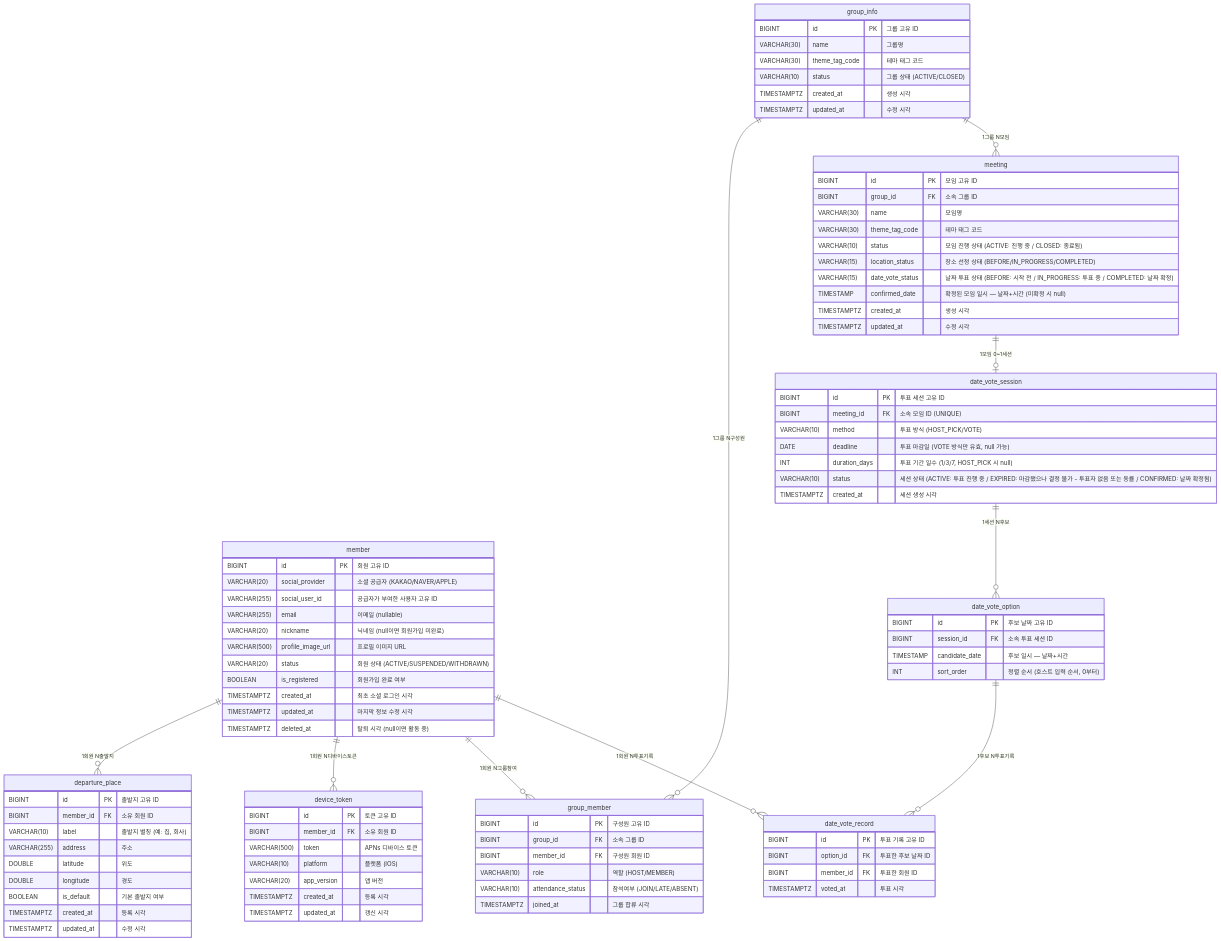
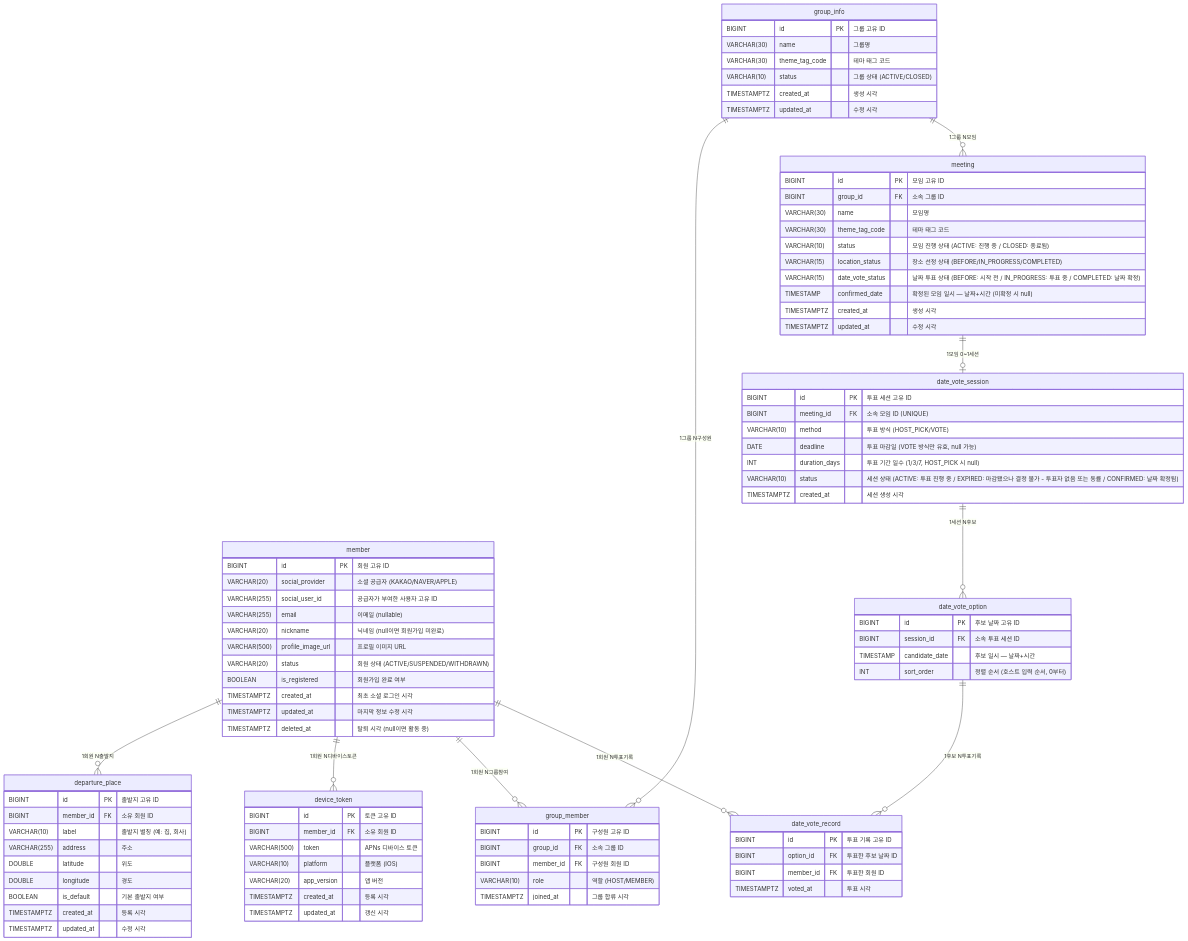
Before and after one commit to DDD-Community/DDD-13-IOS2-Server: the diagram in aidlc-docs/construction/review/fc-7/erd.md, drawn with Mermaid. The commit also changed 26 other files, not shown here.

```diff
--- a/aidlc-docs/construction/review/fc-7/erd.md
+++ b/aidlc-docs/construction/review/fc-7/erd.md
@@ -51,13 +51,12 @@
         TIMESTAMPTZ updated_at "수정 시각"
     }
 
-    %% [기존] group_member
+    %% [기존] group_member (참석여부는 meeting_participant로 이전, V31에서 attendance_status 제거)
     group_member {
         BIGINT id PK "구성원 고유 ID"
         BIGINT group_id FK "소속 그룹 ID"
         BIGINT member_id FK "구성원 회원 ID"
         VARCHAR(10) role "역할 (HOST/MEMBER)"
-        VARCHAR(10) attendance_status "참석여부 (JOIN/LATE/ABSENT)"
         TIMESTAMPTZ joined_at "그룹 합류 시각"
     }
 
```
